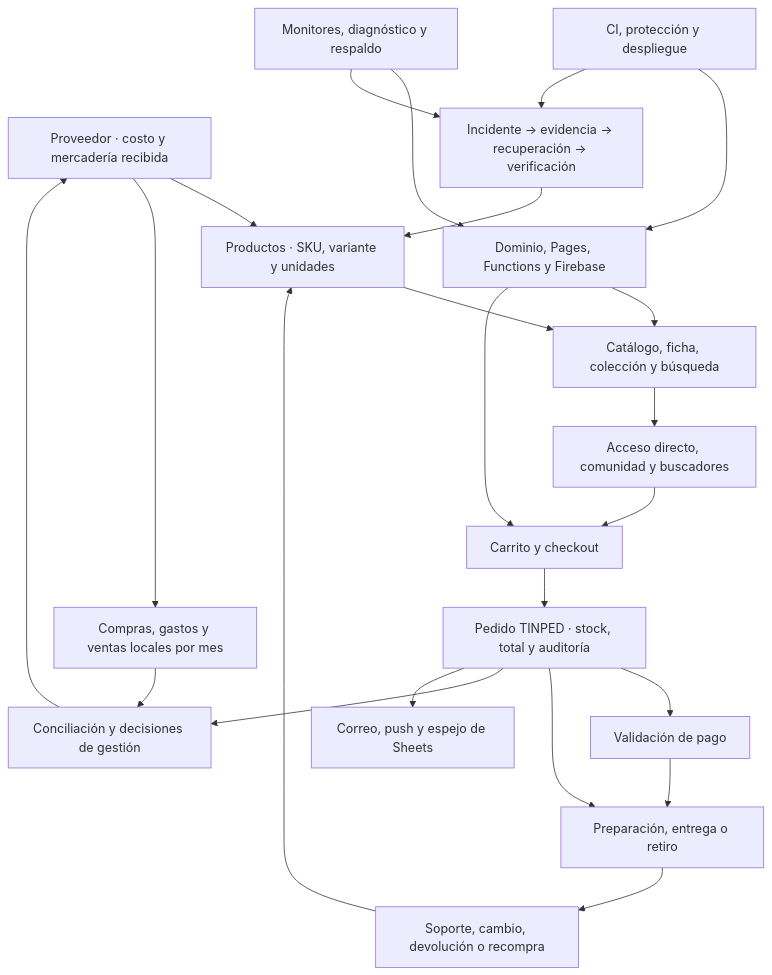
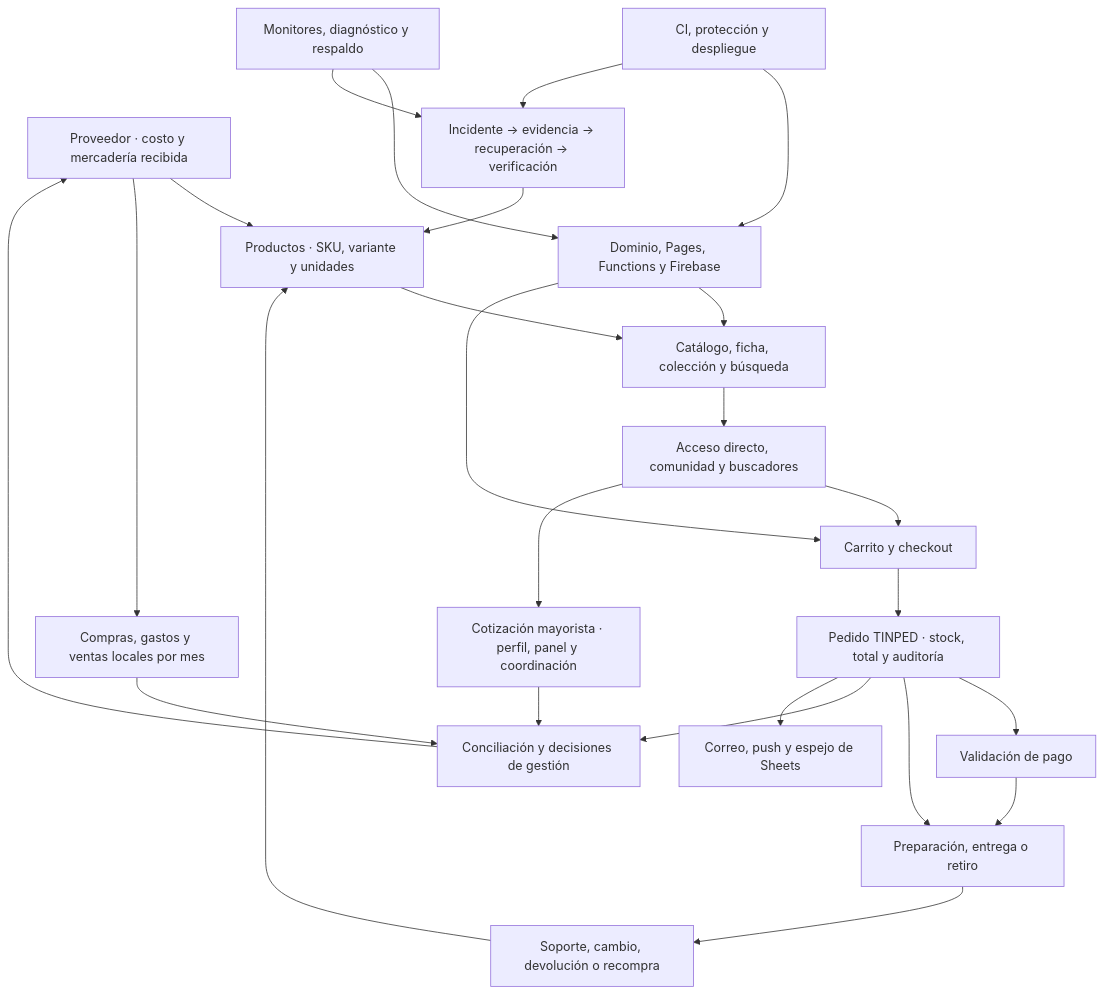
Before and after one commit to tintinaccs/tintin-web: the diagram in docs/mapa-maestro-tintin.md, drawn with Mermaid. The commit also changed other lines of this file and 4 other files, not shown here.

````diff
--- a/docs/mapa-maestro-tintin.md
+++ b/docs/mapa-maestro-tintin.md
@@ -7,25 +7,27 @@
 ```mermaid
 flowchart TD
   Proveedor["Proveedor · costo y mercadería recibida"] --> Inventario["Productos · SKU, variante y unidades"]
   Inventario --> Catalogo["Catálogo, ficha, colección y búsqueda"]
   Catalogo --> Descubrimiento["Acceso directo, comunidad y buscadores"]
   Descubrimiento --> Compra["Carrito y checkout"]
+  Descubrimiento --> Mayorista["Cotización mayorista · perfil, panel y coordinación"]
+  Mayorista --> Gestion
   Compra --> Pedido["Pedido TINPED · stock, total y auditoría"]
   Pedido --> Pago["Validación de pago"]
   Pedido --> Entrega["Preparación, entrega o retiro"]
   Pago --> Entrega
   Entrega --> Posventa["Soporte, cambio, devolución o recompra"]
   Posventa --> Inventario
   Proveedor --> Local["Compras, gastos y ventas locales por mes"]
   Local --> Gestion["Conciliación y decisiones de gestión"]
   Pedido --> Gestion
   Gestion --> Proveedor
   Pedido --> Espejo["Correo, push y espejo de Sheets"]
   Tienda["Dominio, Pages, Functions y Firebase"] --> Catalogo
   Tienda --> Compra
   GitHub["CI, protección y despliegue"] --> Tienda
   Monitor["Monitores, diagnóstico y respaldo"] --> Tienda
   Monitor --> Guardia["Incidente → evidencia → recuperación → verificación"]
   GitHub --> Guardia
   Guardia --> Inventario
 ```
````
